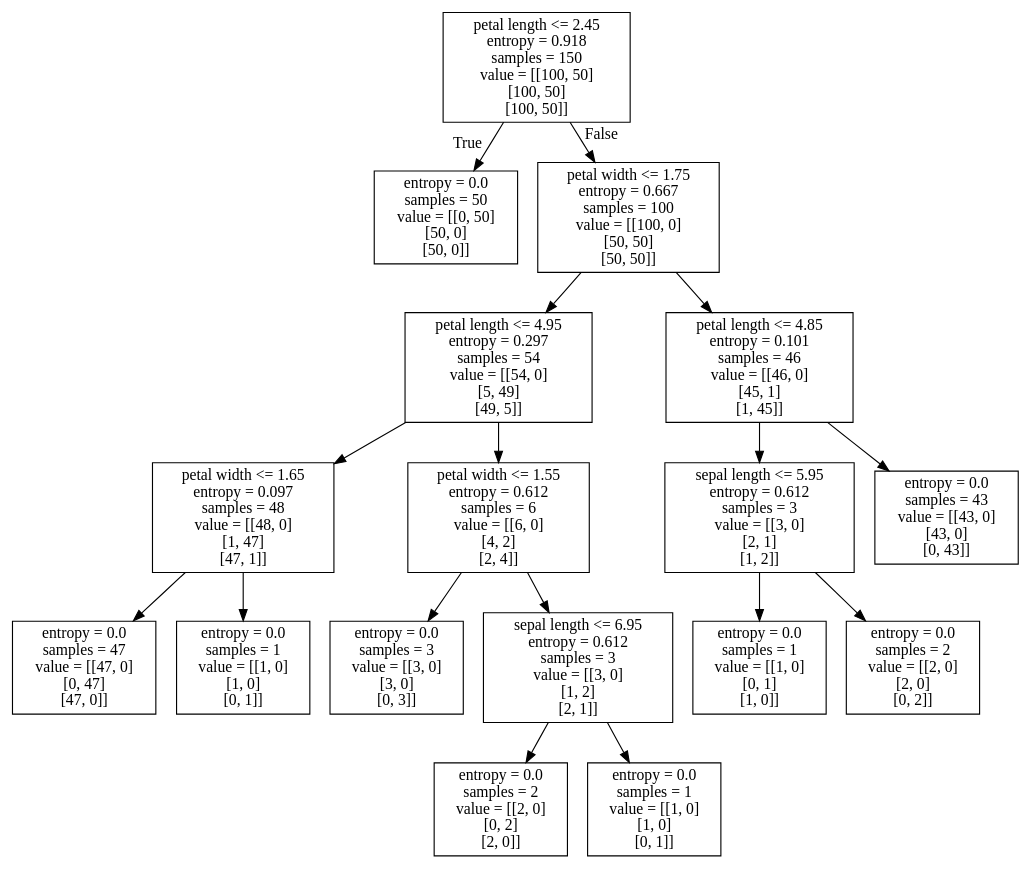
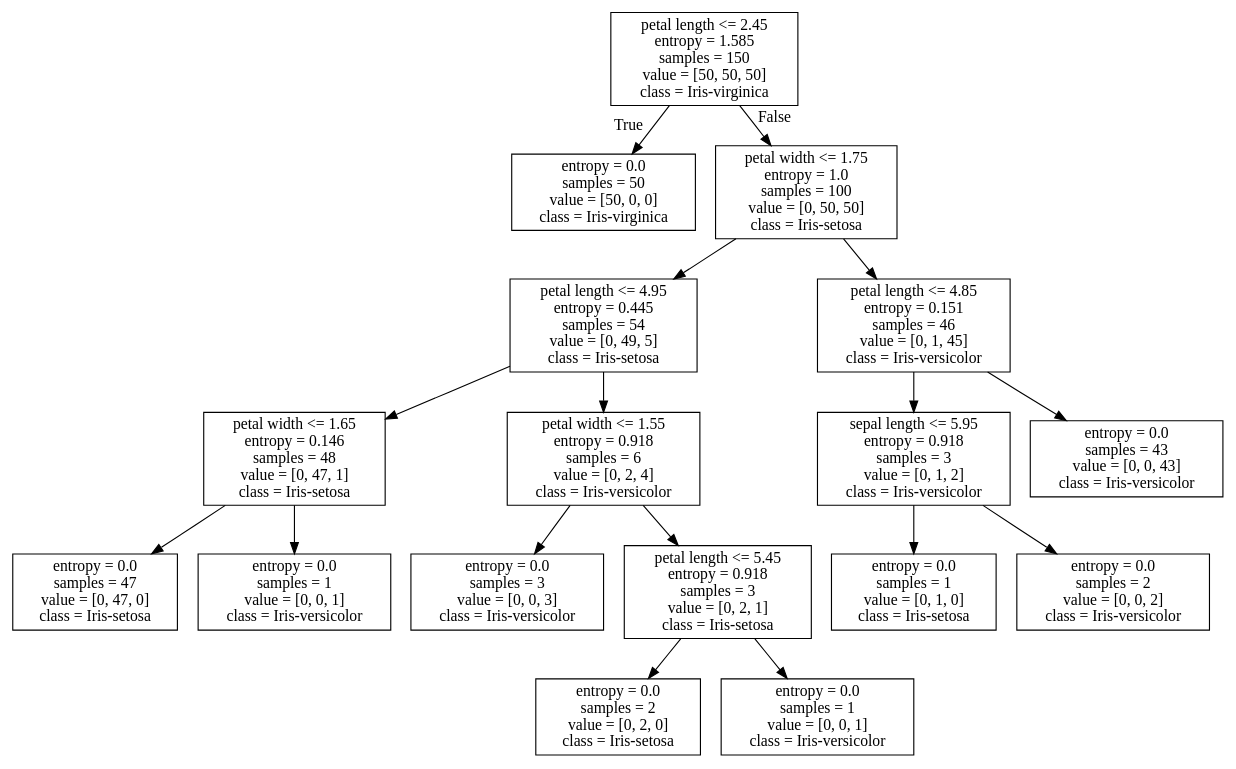
One commit to marmot0814/2018-ML changed the diagram in HW1/iris/dataOutput.dot. Above: the diagram before and after it, drawn with Graphviz. The commit also changed 2 other files, not shown here.

```diff
--- a/HW1/iris/dataOutput.dot
+++ b/HW1/iris/dataOutput.dot
@@ -1,36 +1,36 @@
 digraph Tree {
 node [shape=box] ;
-0 [label="petal length <= 2.45\nentropy = 0.918\nsamples = 150\nvalue = [[100, 50]\n[100, 50]\n[100, 50]]"] ;
-1 [label="entropy = 0.0\nsamples = 50\nvalue = [[0, 50]\n[50, 0]\n[50, 0]]"] ;
+0 [label="petal length <= 2.45\nentropy = 1.585\nsamples = 150\nvalue = [50, 50, 50]\nclass = Iris-virginica"] ;
+1 [label="entropy = 0.0\nsamples = 50\nvalue = [50, 0, 0]\nclass = Iris-virginica"] ;
 0 -> 1 [labeldistance=2.5, labelangle=45, headlabel="True"] ;
-2 [label="petal width <= 1.75\nentropy = 0.667\nsamples = 100\nvalue = [[100, 0]\n[50, 50]\n[50, 50]]"] ;
+2 [label="petal width <= 1.75\nentropy = 1.0\nsamples = 100\nvalue = [0, 50, 50]\nclass = Iris-setosa"] ;
 0 -> 2 [labeldistance=2.5, labelangle=-45, headlabel="False"] ;
-3 [label="petal length <= 4.95\nentropy = 0.297\nsamples = 54\nvalue = [[54, 0]\n[5, 49]\n[49, 5]]"] ;
+3 [label="petal length <= 4.95\nentropy = 0.445\nsamples = 54\nvalue = [0, 49, 5]\nclass = Iris-setosa"] ;
 2 -> 3 ;
-4 [label="petal width <= 1.65\nentropy = 0.097\nsamples = 48\nvalue = [[48, 0]\n[1, 47]\n[47, 1]]"] ;
+4 [label="petal width <= 1.65\nentropy = 0.146\nsamples = 48\nvalue = [0, 47, 1]\nclass = Iris-setosa"] ;
 3 -> 4 ;
-5 [label="entropy = 0.0\nsamples = 47\nvalue = [[47, 0]\n[0, 47]\n[47, 0]]"] ;
+5 [label="entropy = 0.0\nsamples = 47\nvalue = [0, 47, 0]\nclass = Iris-setosa"] ;
 4 -> 5 ;
-6 [label="entropy = 0.0\nsamples = 1\nvalue = [[1, 0]\n[1, 0]\n[0, 1]]"] ;
+6 [label="entropy = 0.0\nsamples = 1\nvalue = [0, 0, 1]\nclass = Iris-versicolor"] ;
 4 -> 6 ;
-7 [label="petal width <= 1.55\nentropy = 0.612\nsamples = 6\nvalue = [[6, 0]\n[4, 2]\n[2, 4]]"] ;
+7 [label="petal width <= 1.55\nentropy = 0.918\nsamples = 6\nvalue = [0, 2, 4]\nclass = Iris-versicolor"] ;
 3 -> 7 ;
-8 [label="entropy = 0.0\nsamples = 3\nvalue = [[3, 0]\n[3, 0]\n[0, 3]]"] ;
+8 [label="entropy = 0.0\nsamples = 3\nvalue = [0, 0, 3]\nclass = Iris-versicolor"] ;
 7 -> 8 ;
-9 [label="sepal length <= 6.95\nentropy = 0.612\nsamples = 3\nvalue = [[3, 0]\n[1, 2]\n[2, 1]]"] ;
+9 [label="petal length <= 5.45\nentropy = 0.918\nsamples = 3\nvalue = [0, 2, 1]\nclass = Iris-setosa"] ;
 7 -> 9 ;
-10 [label="entropy = 0.0\nsamples = 2\nvalue = [[2, 0]\n[0, 2]\n[2, 0]]"] ;
+10 [label="entropy = 0.0\nsamples = 2\nvalue = [0, 2, 0]\nclass = Iris-setosa"] ;
 9 -> 10 ;
-11 [label="entropy = 0.0\nsamples = 1\nvalue = [[1, 0]\n[1, 0]\n[0, 1]]"] ;
+11 [label="entropy = 0.0\nsamples = 1\nvalue = [0, 0, 1]\nclass = Iris-versicolor"] ;
 9 -> 11 ;
-12 [label="petal length <= 4.85\nentropy = 0.101\nsamples = 46\nvalue = [[46, 0]\n[45, 1]\n[1, 45]]"] ;
+12 [label="petal length <= 4.85\nentropy = 0.151\nsamples = 46\nvalue = [0, 1, 45]\nclass = Iris-versicolor"] ;
 2 -> 12 ;
-13 [label="sepal length <= 5.95\nentropy = 0.612\nsamples = 3\nvalue = [[3, 0]\n[2, 1]\n[1, 2]]"] ;
+13 [label="sepal length <= 5.95\nentropy = 0.918\nsamples = 3\nvalue = [0, 1, 2]\nclass = Iris-versicolor"] ;
 12 -> 13 ;
-14 [label="entropy = 0.0\nsamples = 1\nvalue = [[1, 0]\n[0, 1]\n[1, 0]]"] ;
+14 [label="entropy = 0.0\nsamples = 1\nvalue = [0, 1, 0]\nclass = Iris-setosa"] ;
 13 -> 14 ;
-15 [label="entropy = 0.0\nsamples = 2\nvalue = [[2, 0]\n[2, 0]\n[0, 2]]"] ;
+15 [label="entropy = 0.0\nsamples = 2\nvalue = [0, 0, 2]\nclass = Iris-versicolor"] ;
 13 -> 15 ;
-16 [label="entropy = 0.0\nsamples = 43\nvalue = [[43, 0]\n[43, 0]\n[0, 43]]"] ;
+16 [label="entropy = 0.0\nsamples = 43\nvalue = [0, 0, 43]\nclass = Iris-versicolor"] ;
 12 -> 16 ;
 }
```
